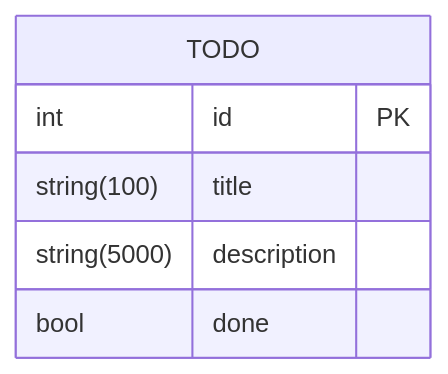
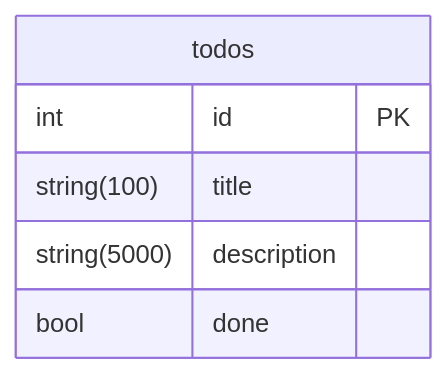
Before and after one commit to gbrancods/gorm-gin-swagger: the diagram in README.md, drawn with Mermaid.

````diff
--- a/README.md
+++ b/README.md
@@ -1,11 +1,11 @@
 ```mermaid
 erDiagram
     
-    TODO {
+    todos {
         int id PK
         string(100) title
         string(5000) description
         bool done
     }
     
 ```
````
